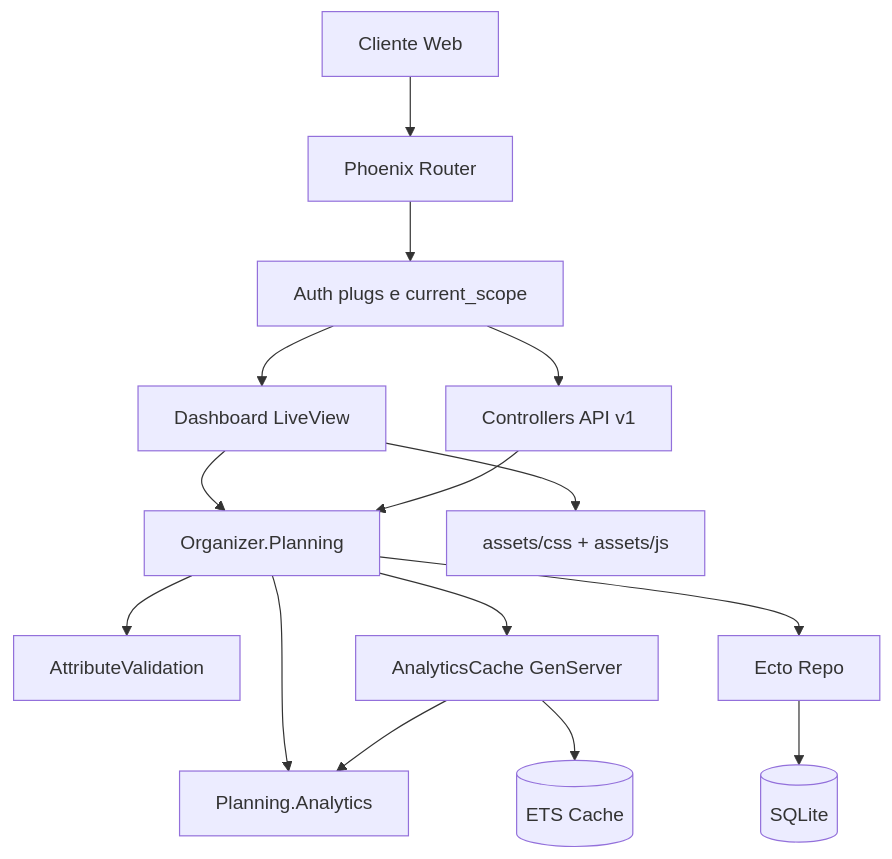
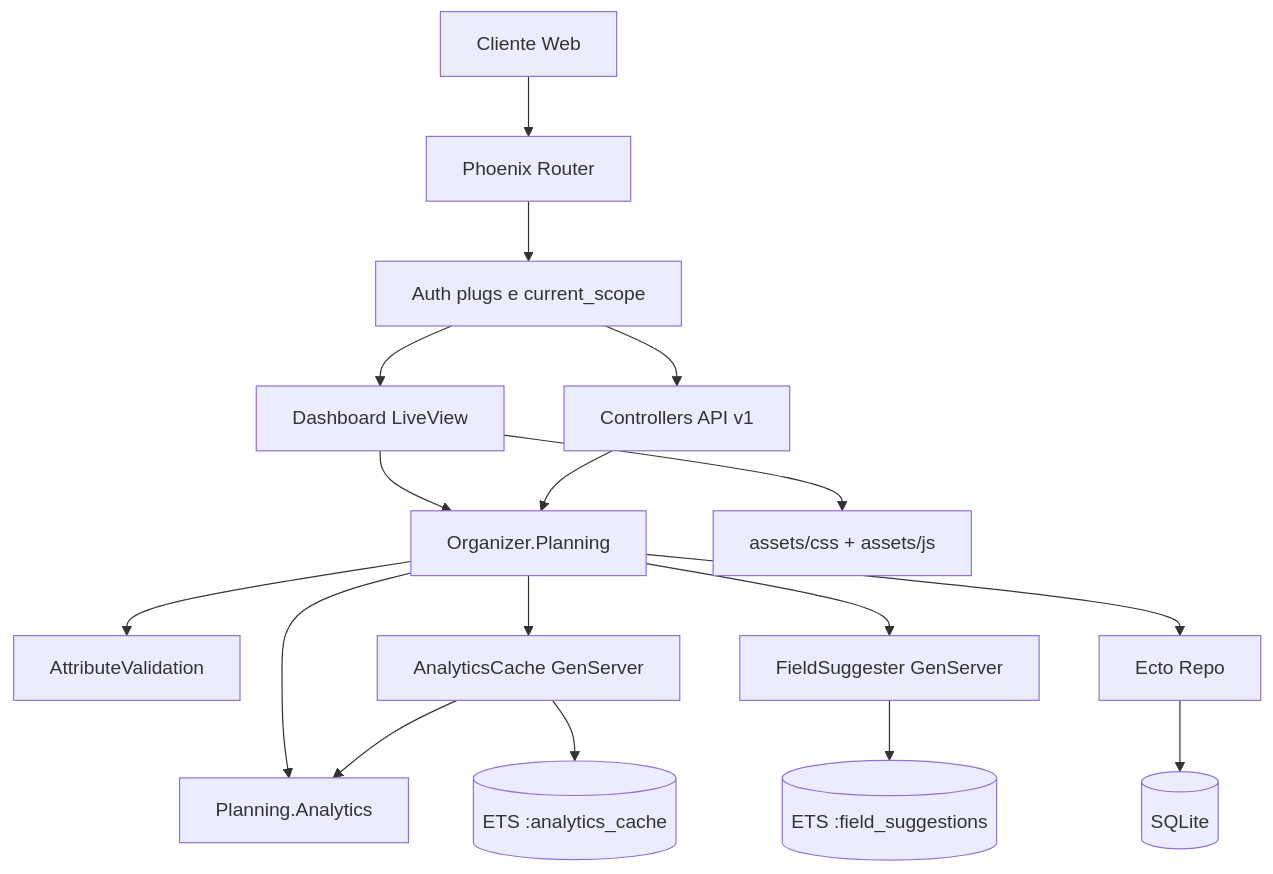
The diagram in README.md (Acauhi99/organizer), drawn with Mermaid before and after one commit. The commit also changed other lines of this file and 4 other files, not shown here.

````diff
--- a/README.md
+++ b/README.md
@@ -26,21 +26,23 @@
 ```mermaid
 flowchart TD
 		Browser[Cliente Web] --> Router[Phoenix Router]
 		Router --> AuthPlugs[Auth plugs e current_scope]
 		AuthPlugs --> Live[Dashboard LiveView]
 		AuthPlugs --> Api[Controllers API v1]
 
 		Live --> Planning[Organizer.Planning]
 		Api --> Planning
 
 		Planning --> Validation[AttributeValidation]
 		Planning --> Analytics[Planning.Analytics]
 		Planning --> Cache[AnalyticsCache GenServer]
+		Planning --> Suggester[FieldSuggester GenServer]
 		Planning --> Repo[Ecto Repo]
 		Repo --> DB[(SQLite)]
 
-		Cache --> ETS[(ETS Cache)]
+		Cache --> ETS[(ETS :analytics_cache)]
 		Cache --> Analytics
+		Suggester --> ETS2[(ETS :field_suggestions)]
 
 		Live --> Assets[assets/css + assets/js]
 ```
````
